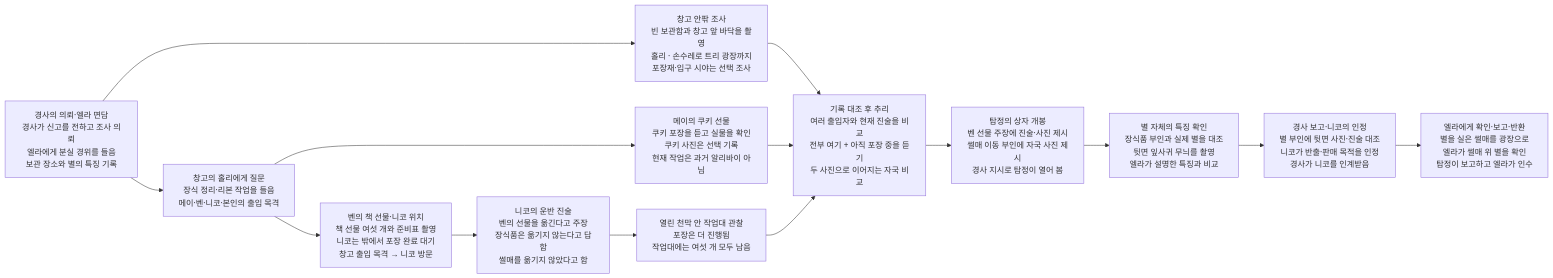
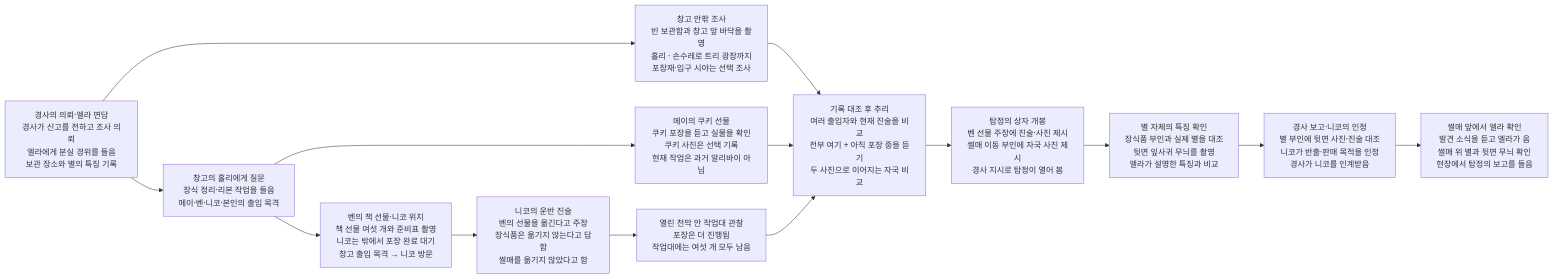
One commit to wonny95/detective-v2 changed the second of 2 diagrams in design/case-10-christmas-star.md. Above: the diagram before and after it, drawn with Mermaid. The commit also changed other lines of this file and 6 other files, not shown here.

Commit message:
기획: 엘라가 썰매 앞에서 별을 확인하고 보고를 들음

````diff
--- a/design/case-10-christmas-star.md
+++ b/design/case-10-christmas-star.md
@@ -47,28 +47,28 @@
 ```mermaid
 flowchart LR
     s1["경사의 의뢰·엘라 면담<br/>경사가 신고를 전하고 조사 의뢰<br/>엘라에게 분실 경위를 들음<br/>보관 장소와 별의 특징 기록"]
     s2["창고의 홀리에게 질문<br/>장식 정리·리본 작업을 들음<br/>메이·벤·니코·본인의 출입 목격"]
     s3["창고 안팎 조사<br/>빈 보관함과 창고 앞 바닥을 촬영<br/>홀리 · 손수레로 트리 광장까지<br/>포장재·입구 시야는 선택 조사"]
     s4["메이의 쿠키 선물<br/>쿠키 포장을 듣고 실물을 확인<br/>쿠키 사진은 선택 기록<br/>현재 작업은 과거 알리바이 아님"]
     s5["벤의 책 선물·니코 위치<br/>책 선물 여섯 개와 준비표 촬영<br/>니코는 밖에서 포장 완료 대기<br/>창고 출입 목격 → 니코 방문"]
     s6["니코의 운반 진술<br/>벤의 선물을 옮긴다고 주장<br/>장식품은 옮기지 않는다고 답함<br/>썰매를 옮기지 않았다고 함"]
     s7["열린 천막 안 작업대 관찰<br/>포장은 더 진행됨<br/>작업대에는 여섯 개 모두 남음"]
     s8["기록 대조 후 추리<br/>여러 출입자와 현재 진술을 비교<br/>전부 여기 + 아직 포장 중을 듣기<br/>두 사진으로 이어지는 자국 비교"]
     s9["탐정의 상자 개봉<br/>벤 선물 주장에 진술·사진 제시<br/>썰매 이동 부인에 자국 사진 제시<br/>경사 지시로 탐정이 열어 봄"]
     s10["별 자체의 특징 확인<br/>장식품 부인과 실제 별을 대조<br/>뒷면 잎사귀 무늬를 촬영<br/>엘라가 설명한 특징과 비교"]
     s11["경사 보고·니코의 인정<br/>별 부인에 뒷면 사진·진술 대조<br/>니코가 반출·판매 목적을 인정<br/>경사가 니코를 인계받음"]
-    s12["엘라에게 확인·보고·반환<br/>별을 실은 썰매를 광장으로<br/>엘라가 썰매 위 별을 확인<br/>탐정이 보고하고 엘라가 인수"]
+    s12["썰매 앞에서 엘라 확인<br/>발견 소식을 듣고 엘라가 옴<br/>썰매 위 별과 뒷면 무늬 확인<br/>현장에서 탐정의 보고를 들음"]
     s1 --> s2
     s1 --> s3
     s2 --> s4
     s2 --> s5
     s3 --> s8
     s4 --> s8
     s5 --> s6
     s6 --> s7
     s7 --> s8
     s8 --> s9
     s9 --> s10
     s10 --> s11
     s11 --> s12
 ```
````
